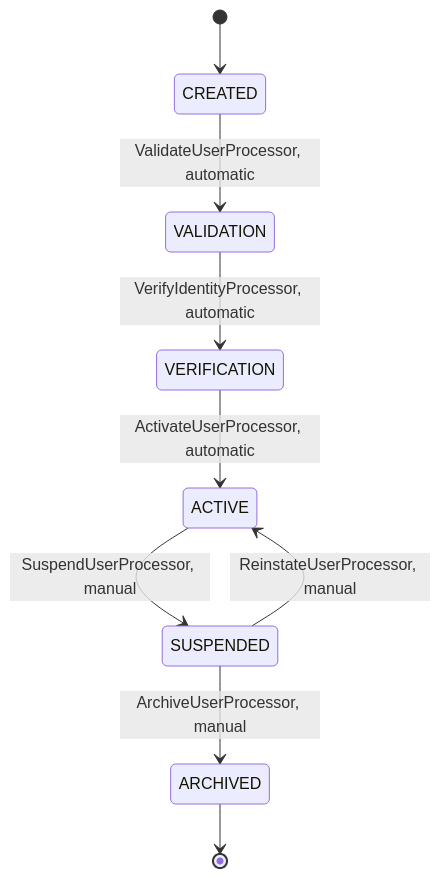
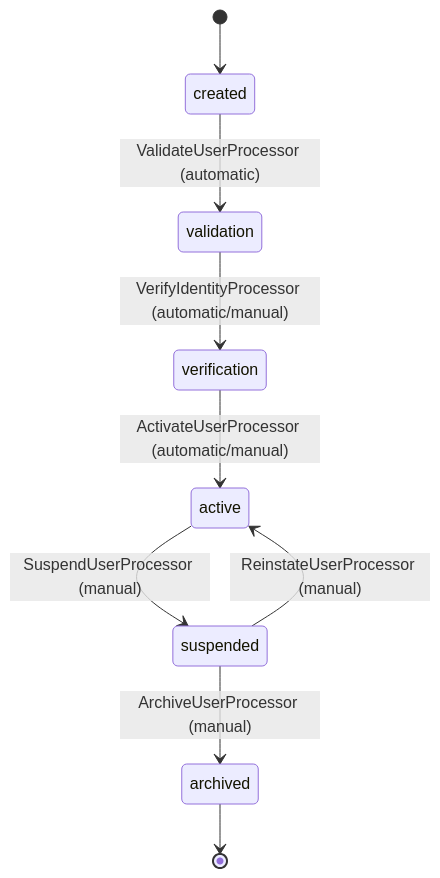
Before and after one commit to Cyoda-platform/java-client-template: the second of 3 diagrams in src/main/java/com/java_template/prototype/functional_requirement.md, drawn with Mermaid. The commit also changed other lines of this file, not shown here.

````diff
--- a/src/main/java/com/java_template/prototype/functional_requirement.md
+++ b/src/main/java/com/java_template/prototype/functional_requirement.md
@@ -101,11 +144,11 @@
 ```mermaid
 stateDiagram-v2
-    [*] --> CREATED
-    CREATED --> VALIDATION : ValidateUserProcessor, automatic
-    VALIDATION --> VERIFICATION : VerifyIdentityProcessor, automatic
-    VERIFICATION --> ACTIVE : ActivateUserProcessor, automatic
-    ACTIVE --> SUSPENDED : SuspendUserProcessor, manual
-    SUSPENDED --> ACTIVE : ReinstateUserProcessor, manual
-    SUSPENDED --> ARCHIVED : ArchiveUserProcessor, manual
-    ARCHIVED --> [*]
+    [*] --> created
+    created --> validation : ValidateUserProcessor (automatic)
+    validation --> verification : VerifyIdentityProcessor (automatic/manual)
+    verification --> active : ActivateUserProcessor (automatic/manual)
+    active --> suspended : SuspendUserProcessor (manual)
+    suspended --> active : ReinstateUserProcessor (manual)
+    suspended --> archived : ArchiveUserProcessor (manual)
+    archived --> [*]
 ```
````
